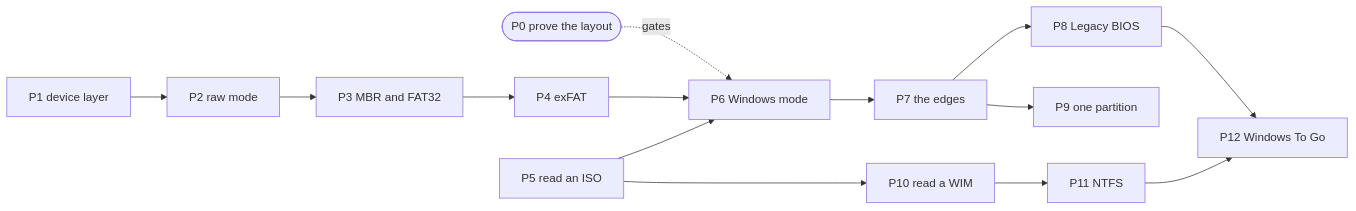
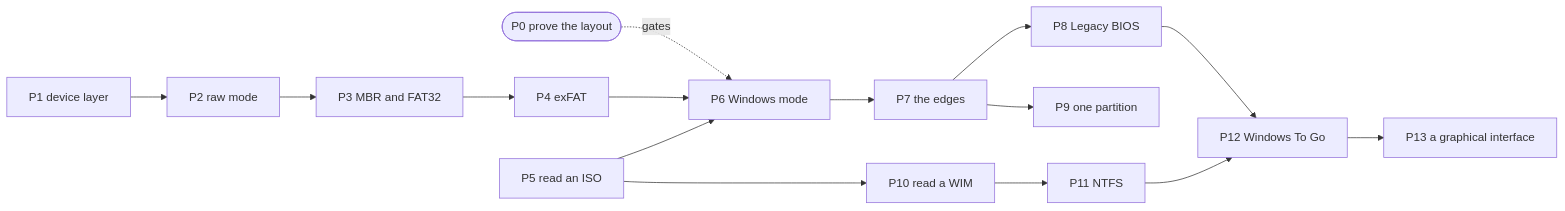
Before and after one commit to Stiven-Gjekaj/burnout: the diagram in docs/roadmap.md, drawn with Mermaid. The commit also changed other lines of this file, not shown here.

Commit message:
docs: plan a graphical interface as P13

````diff
--- a/docs/roadmap.md
+++ b/docs/roadmap.md
@@ -42,16 +42,17 @@
 ```mermaid
 flowchart LR
     P0([P0 prove the layout]) -.gates.-> P6
     P1[P1 device layer] --> P2[P2 raw mode]
     P2 --> P3[P3 MBR and FAT32]
     P3 --> P4[P4 exFAT]
     P4 --> P6[P6 Windows mode]
     P5[P5 read an ISO] --> P6
     P6 --> P7[P7 the edges]
     P7 --> P8[P8 Legacy BIOS]
     P7 --> P9[P9 one partition]
     P5 --> P10[P10 read a WIM]
     P10 --> P11[P11 NTFS]
     P11 --> P12[P12 Windows To Go]
     P8 --> P12
+    P12 --> P13[P13 a graphical interface]
 ```
````
